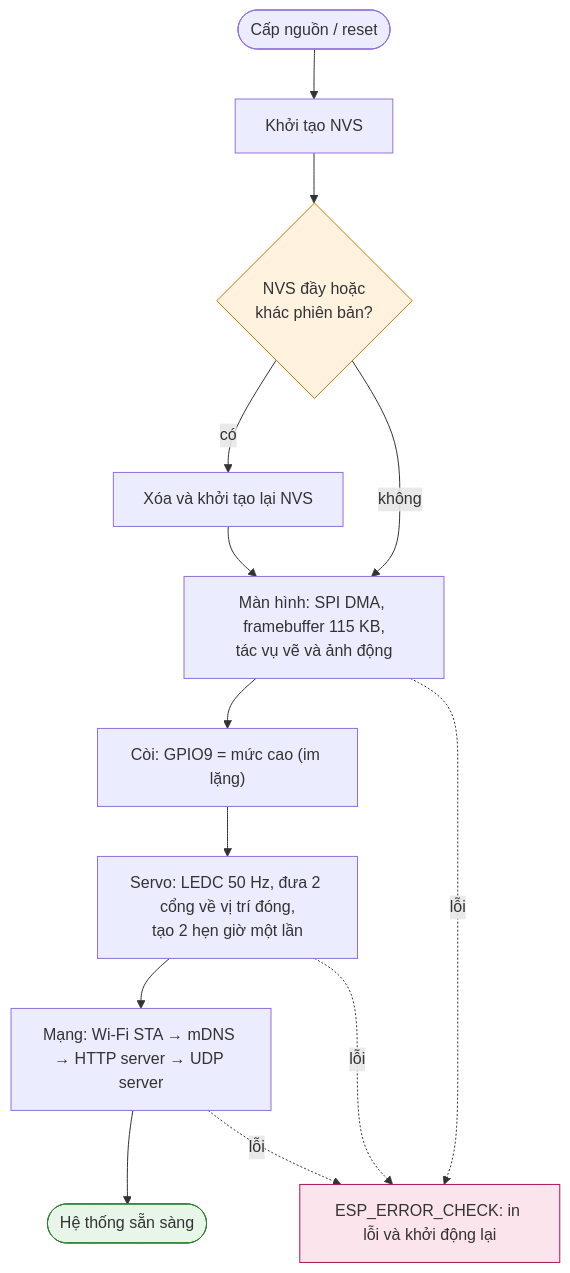
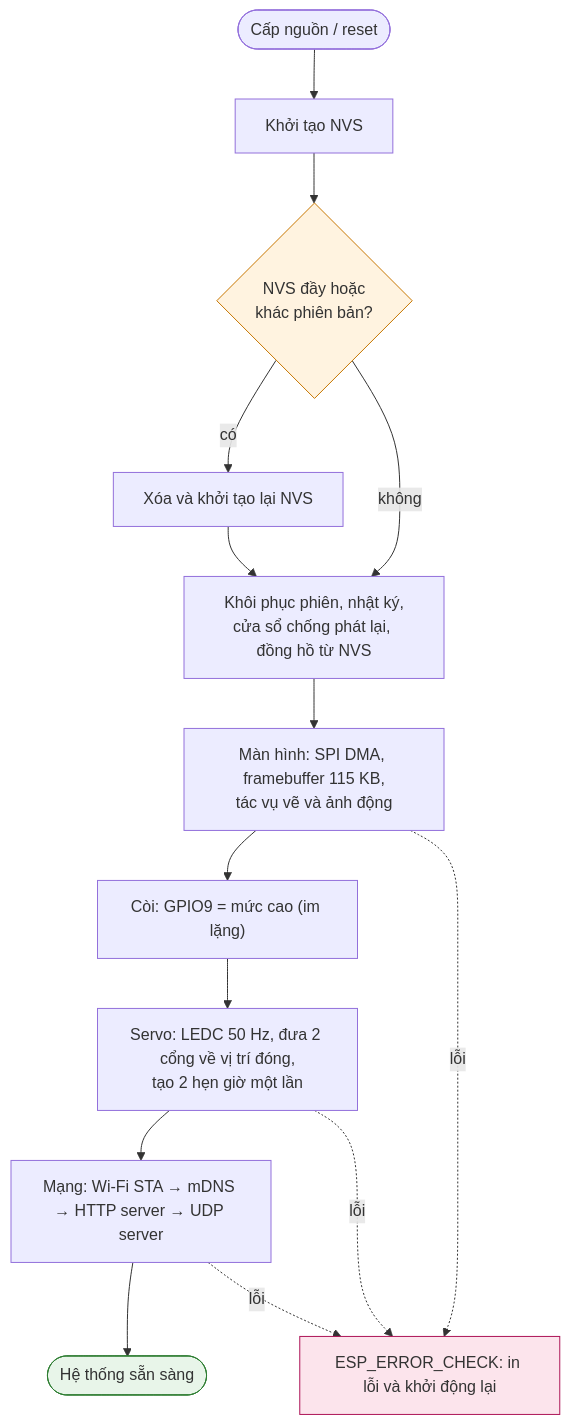
Before and after one commit to thinhdinh25/INT3108_embedded-Smart-Parking-Project: the diagram in report/diagrams/boot.mmd, drawn with Mermaid. The commit also changed 65 other files, not shown here.

```diff
--- a/report/diagrams/boot.mmd
+++ b/report/diagrams/boot.mmd
@@ -1,16 +1,17 @@
 flowchart TD
   s0(["Cấp nguồn / reset"]) --> s1["Khởi tạo NVS"]
   s1 --> d1{"NVS đầy hoặc<br/>khác phiên bản?"}
-  d1 -- có --> s1b["Xóa và khởi tạo lại NVS"] --> s2
-  d1 -- không --> s2["Màn hình: SPI DMA, framebuffer 115 KB,<br/>tác vụ vẽ và ảnh động"]
+  d1 -- có --> s1b["Xóa và khởi tạo lại NVS"] --> s1c
+  d1 -- không --> s1c["Khôi phục phiên, nhật ký,<br/>cửa sổ chống phát lại, đồng hồ từ NVS"]
+  s1c --> s2["Màn hình: SPI DMA, framebuffer 115 KB,<br/>tác vụ vẽ và ảnh động"]
   s2 --> s3["Còi: GPIO9 = mức cao (im lặng)"]
   s3 --> s4["Servo: LEDC 50 Hz, đưa 2 cổng về vị trí đóng,<br/>tạo 2 hẹn giờ một lần"]
   s4 --> s5["Mạng: Wi-Fi STA → mDNS → HTTP server → UDP server"]
   s5 --> s6(["Hệ thống sẵn sàng"])
   s2 -. lỗi .-> err["ESP_ERROR_CHECK: in lỗi và khởi động lại"]
   s4 -. lỗi .-> err
   s5 -. lỗi .-> err
   classDef ok fill:#E8F5E9,stroke:#2E7D32;
   classDef bad fill:#FCE4EC,stroke:#AD1457;
   classDef dec fill:#FFF3E0,stroke:#C77700;
   class s6 ok; class err bad; class d1 dec;
```
